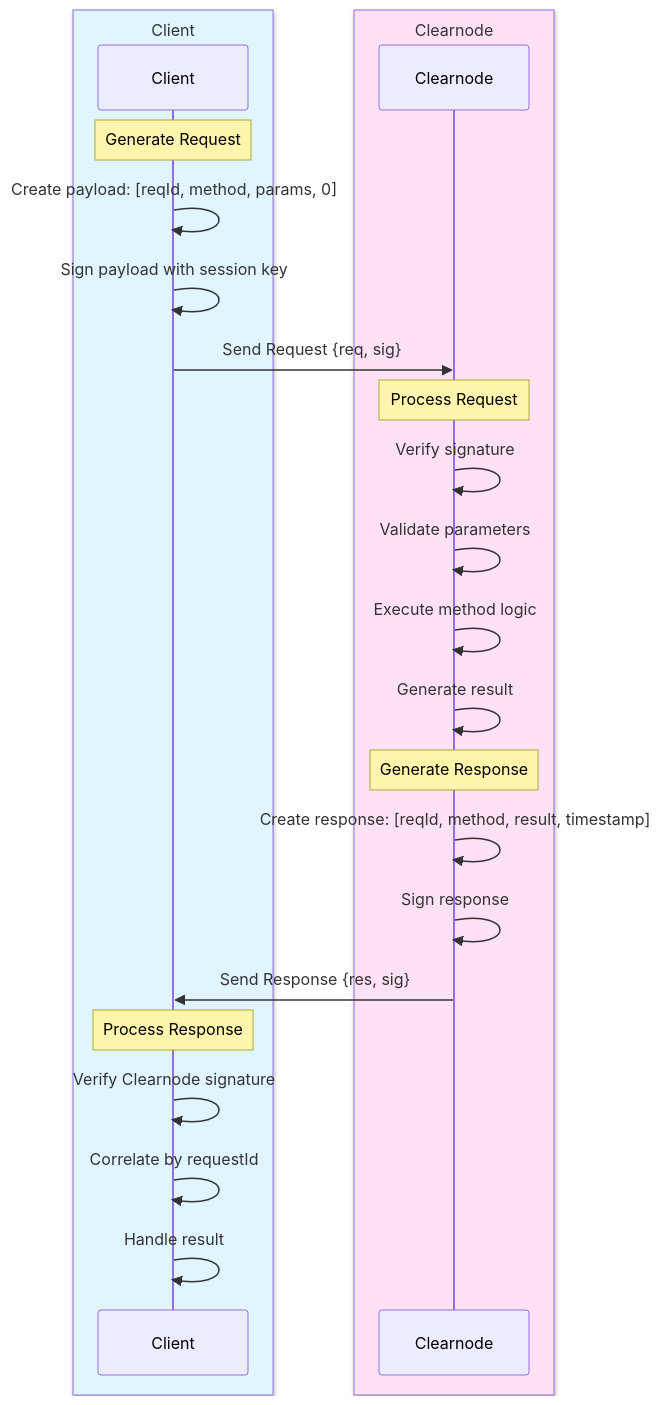
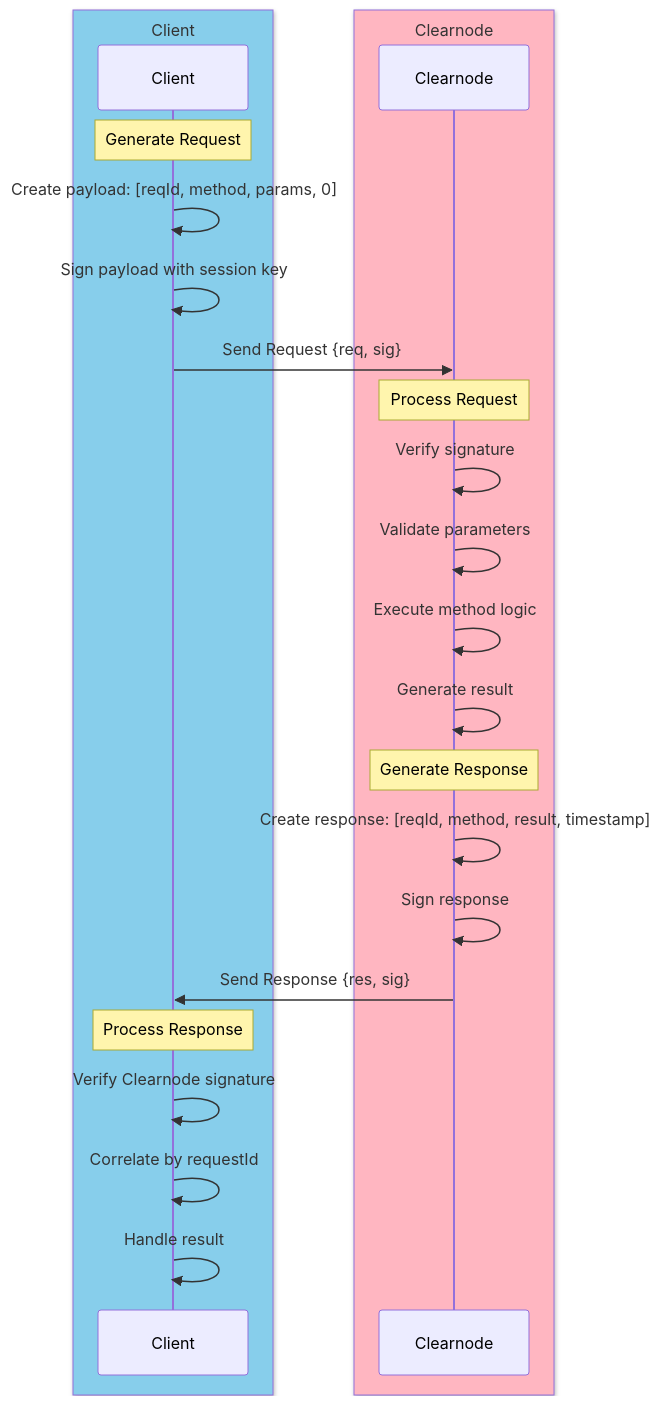
One commit to layer-3/docs changed the diagram in docs/protocol/off-chain/message-format.mdx. Above: the diagram before and after it, drawn with Mermaid. The commit also changed 15 other files, not shown here.

````diff
--- a/docs/protocol/off-chain/message-format.mdx
+++ b/docs/protocol/off-chain/message-format.mdx
@@ -333,33 +333,33 @@
 ```mermaid
 sequenceDiagram
-    box rgb(225,245,255) Client
+    box rgb(135,206,235) Client
         participant Client
     end
-    box rgb(255,225,245) Clearnode
+    box rgb(255,182,193) Clearnode
         participant Clearnode
     end
 
     Note over Client: Generate Request
     Client->>Client: Create payload: [reqId, method, params, 0]
     Client->>Client: Sign payload with session key
 
     Client->>Clearnode: Send Request {req, sig}
 
     Note over Clearnode: Process Request
     Clearnode->>Clearnode: Verify signature
     Clearnode->>Clearnode: Validate parameters
     Clearnode->>Clearnode: Execute method logic
     Clearnode->>Clearnode: Generate result
 
     Note over Clearnode: Generate Response
     Clearnode->>Clearnode: Create response: [reqId, method, result, timestamp]
     Clearnode->>Clearnode: Sign response
 
     Clearnode->>Client: Send Response {res, sig}
 
     Note over Client: Process Response
     Client->>Client: Verify Clearnode signature
     Client->>Client: Correlate by requestId
     Client->>Client: Handle result
 
 ```
````
